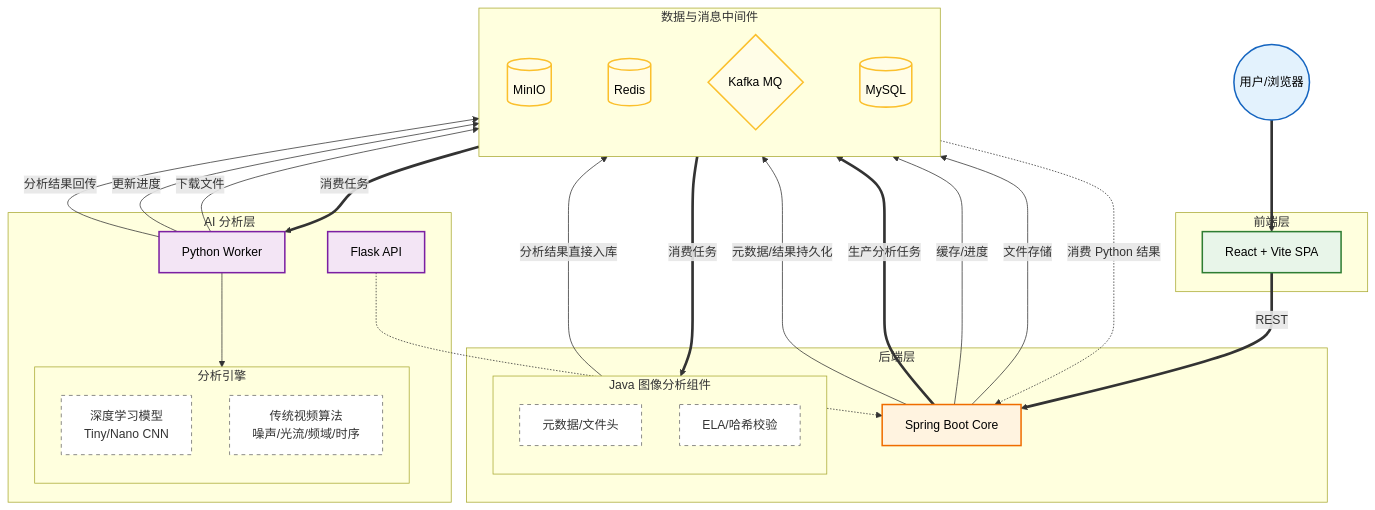
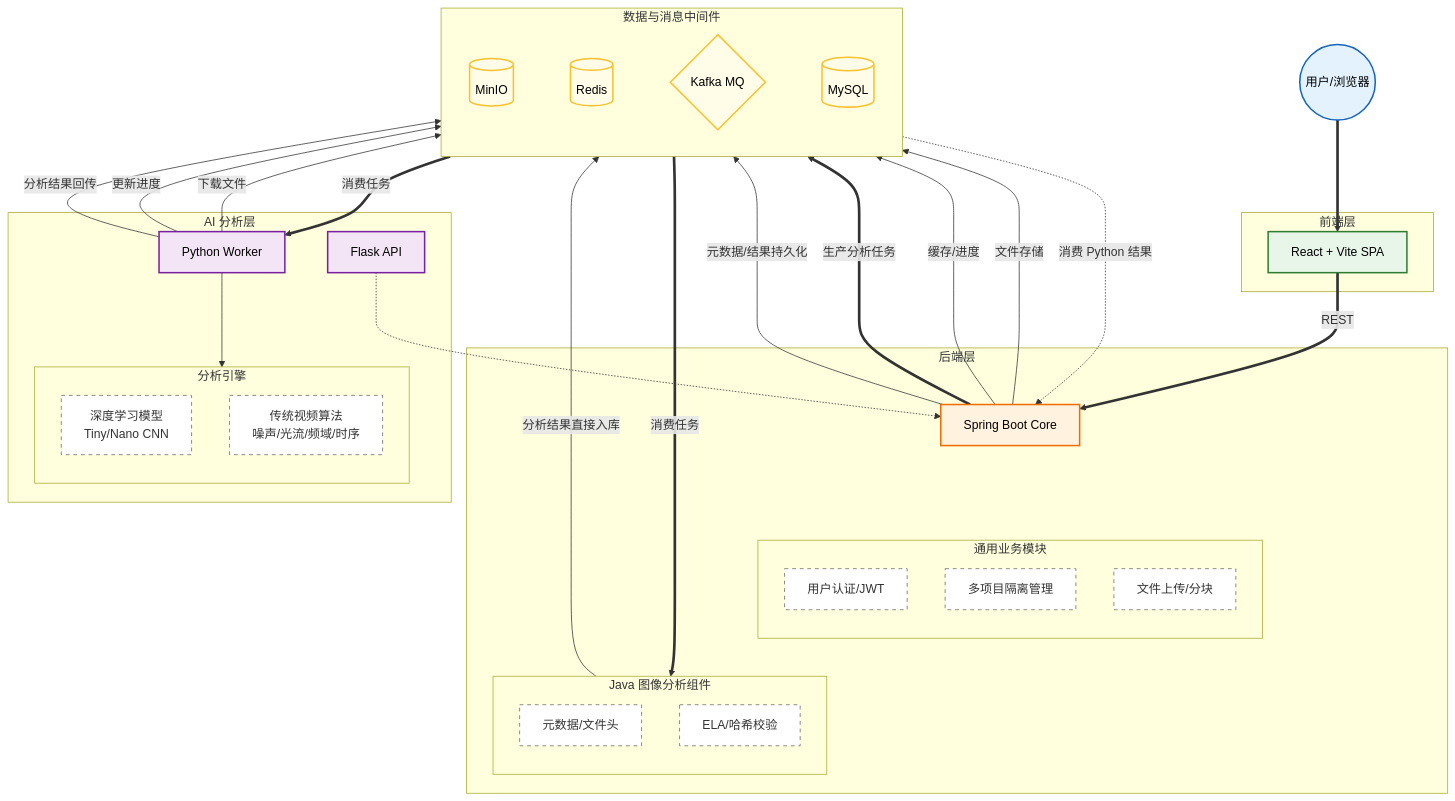
The diagram in README.md (LiWinston/DeepFake_Forensic), drawn with Mermaid before and after one commit.

```diff
--- a/README.md
+++ b/README.md
@@ -51,6 +51,13 @@
     subgraph Backend_Layer [后端层]
         SpringBoot[Spring Boot Core]:::backend
         
+        subgraph Core_Modules [通用业务模块]
+            direction TB
+            M_Auth[用户认证/JWT]:::subcomponent
+            M_Proj[多项目隔离管理]:::subcomponent
+            M_File[文件上传/分块]:::subcomponent
+        end
+
         subgraph Java_Analysis [Java 图像分析组件]
             direction TB
             J_Meta[元数据/文件头]:::subcomponent
@@ -79,9 +86,11 @@
 
     %% 布局辅助 (强制顺序: 左->右)
     MinIO ~~~ Redis ~~~ Kafka ~~~ MySQL
+    SpringBoot ~~~ Core_Modules
     
     %% 垂直对齐辅助
     PyWorker ~~~ MinIO
+    Core_Modules ~~~ Java_Analysis
     Java_Analysis ~~~ MySQL
 
     %% 交互流
```
